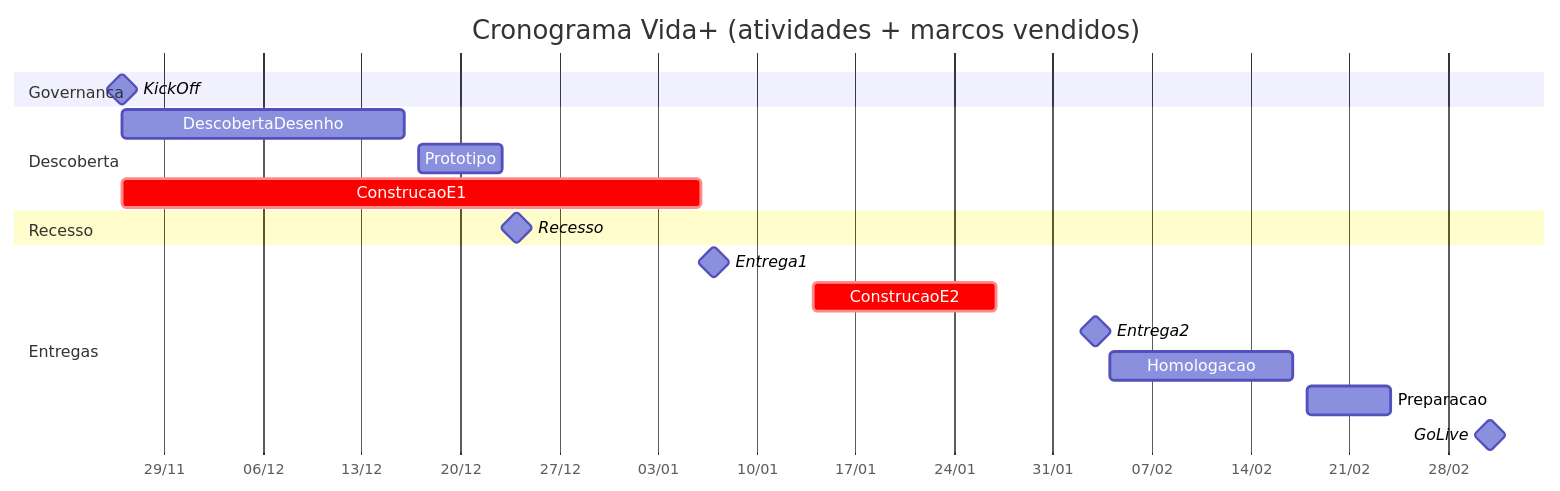
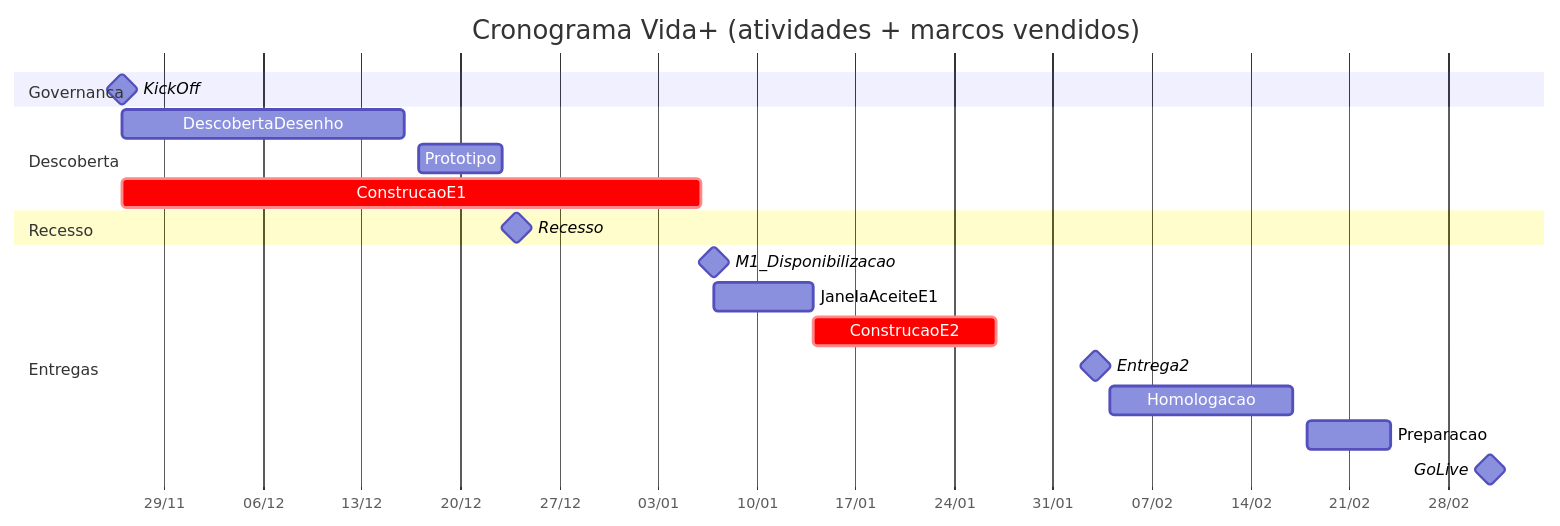
One commit to arauj-gugs/goofy-jello-support-material changed the diagram in pessoa_3/04 Cronograma.md. Above: the diagram before and after it, drawn with Mermaid. The commit also changed other lines of this file, not shown here.

Commit message:
Alinhar cronograma com M1-D e janela de aceite E1 para rastreabilidade com o deck e Decisão 4.

````diff
--- a/pessoa_3/04 Cronograma.md
+++ b/pessoa_3/04 Cronograma.md
@@ -31,22 +36,23 @@
 ```mermaid
 gantt
     title Cronograma Vida+ (atividades + marcos vendidos)
     dateFormat YYYY-MM-DD
     axisFormat %d/%m
 
     section Governanca
     KickOff           :milestone, m0, 2026-11-26, 0d
     section Descoberta
     DescobertaDesenho   :a1, 2026-11-26, 2026-12-16
     Prototipo           :a2, 2026-12-17, 2026-12-23
     ConstrucaoE1        :crit, a3, 2026-11-26, 2027-01-06
     section Recesso
     Recesso             :milestone, mR, 2026-12-24, 0d
     section Entregas
-    Entrega1            :milestone, m1, 2027-01-07, 0d
+    M1_Disponibilizacao :milestone, m1d, 2027-01-07, 0d
+    JanelaAceiteE1      :janela1, 2027-01-07, 7d
     ConstrucaoE2        :crit, a4, 2027-01-14, 2027-01-27
     Entrega2            :milestone, m2, 2027-02-03, 0d
   Homologacao         :a5, 2027-02-04, 2027-02-17
   Preparacao          :a6, 2027-02-18, 2027-02-24
   GoLive              :milestone, m3, 2027-03-03, 0d
 ```
````
